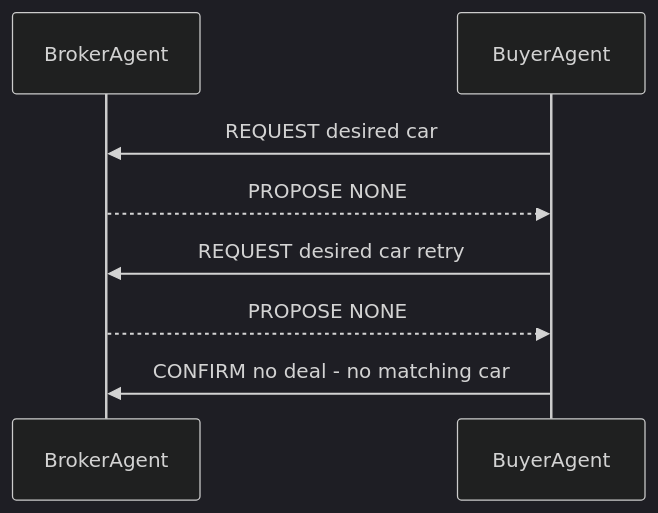
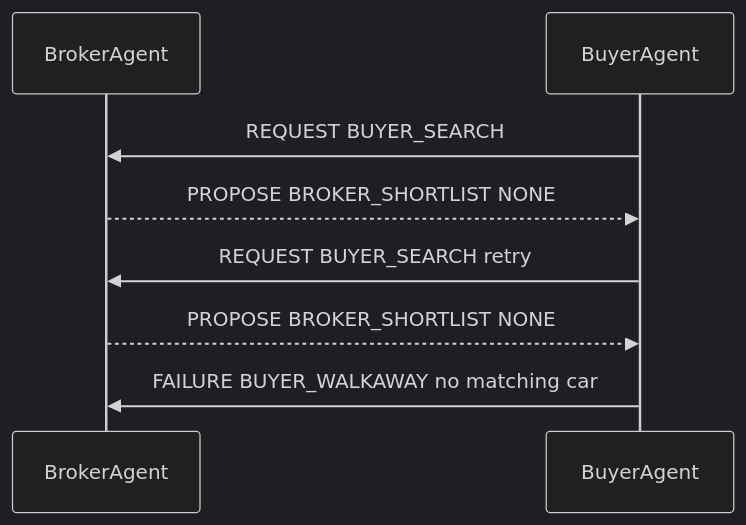
The third of 4 diagrams in readme.md (MiyukiVigil/COS30018-Assignment), drawn with Mermaid (dark theme) before and after one commit. The commit also changed other lines of this file and 12 other files, not shown here.

````diff
--- a/readme.md
+++ b/readme.md
@@ -339,11 +350,11 @@
 ```mermaid
 sequenceDiagram
     participant B as BrokerAgent
     participant U as BuyerAgent
 
-    U->>B: REQUEST desired car
-    B-->>U: PROPOSE NONE
-    U->>B: REQUEST desired car retry
-    B-->>U: PROPOSE NONE
-    U->>B: CONFIRM no deal - no matching car
+    U->>B: REQUEST BUYER_SEARCH
+    B-->>U: PROPOSE BROKER_SHORTLIST NONE
+    U->>B: REQUEST BUYER_SEARCH retry
+    B-->>U: PROPOSE BROKER_SHORTLIST NONE
+    U->>B: FAILURE BUYER_WALKAWAY no matching car
 ```
````
